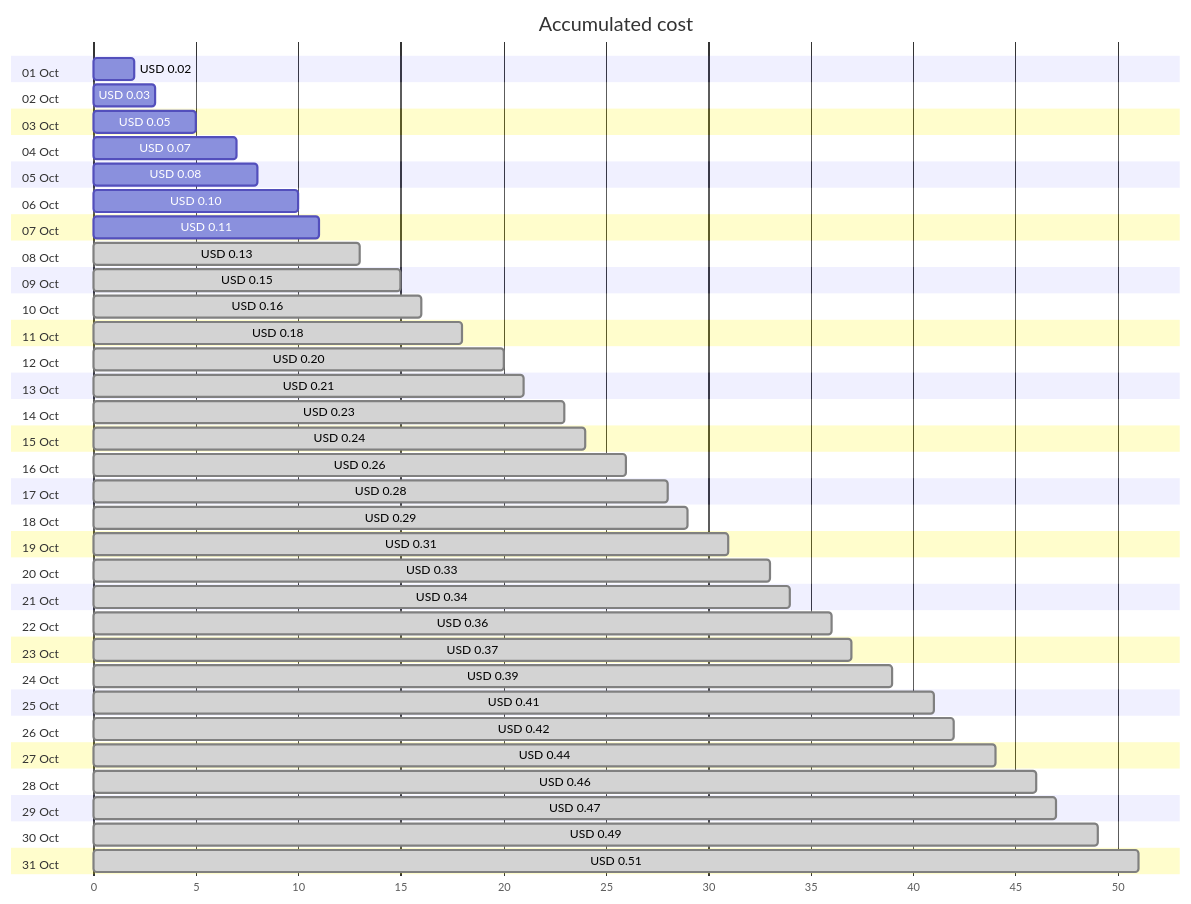
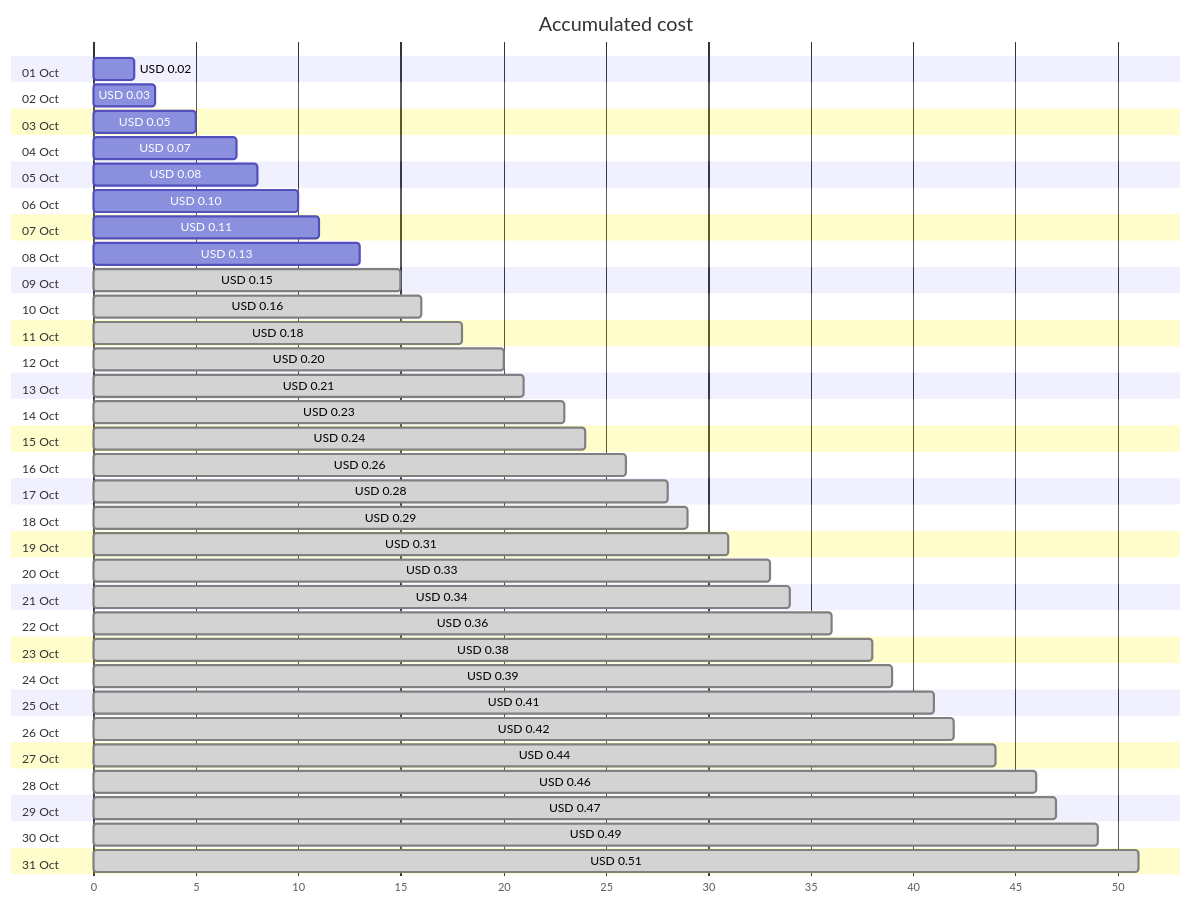
One commit to jpfulton/azure-personal-reports changed the first of 4 diagrams in cost-reports/personal-dns/jpatrickfulton.com.md. Above: the diagram before and after it, drawn with Mermaid. The commit also changed other lines of this file and 2 other files, not shown here.

````diff
--- a/cost-reports/personal-dns/jpatrickfulton.com.md
+++ b/cost-reports/personal-dns/jpatrickfulton.com.md
@@ -20,68 +20,68 @@
 ```mermaid
 gantt
    title Accumulated cost
    dateFormat  X
    axisFormat %s
    section 01 Oct
    USD 0.02 :0, 2
    section 02 Oct
    USD 0.03 :0, 3
    section 03 Oct
    USD 0.05 :0, 5
    section 04 Oct
    USD 0.07 :0, 7
    section 05 Oct
    USD 0.08 :0, 8
    section 06 Oct
    USD 0.10 :0, 10
    section 07 Oct
    USD 0.11 :0, 11
    section 08 Oct
-   USD 0.13 : done, 0, 13
+   USD 0.13 :0, 13
    section 09 Oct
    USD 0.15 : done, 0, 15
    section 10 Oct
    USD 0.16 : done, 0, 16
    section 11 Oct
    USD 0.18 : done, 0, 18
    section 12 Oct
    USD 0.20 : done, 0, 20
    section 13 Oct
    USD 0.21 : done, 0, 21
    section 14 Oct
    USD 0.23 : done, 0, 23
    section 15 Oct
    USD 0.24 : done, 0, 24
    section 16 Oct
    USD 0.26 : done, 0, 26
    section 17 Oct
    USD 0.28 : done, 0, 28
    section 18 Oct
    USD 0.29 : done, 0, 29
    section 19 Oct
    USD 0.31 : done, 0, 31
    section 20 Oct
    USD 0.33 : done, 0, 33
    section 21 Oct
    USD 0.34 : done, 0, 34
    section 22 Oct
    USD 0.36 : done, 0, 36
    section 23 Oct
-   USD 0.37 : done, 0, 37
+   USD 0.38 : done, 0, 38
    section 24 Oct
    USD 0.39 : done, 0, 39
    section 25 Oct
    USD 0.41 : done, 0, 41
    section 26 Oct
    USD 0.42 : done, 0, 42
    section 27 Oct
    USD 0.44 : done, 0, 44
    section 28 Oct
    USD 0.46 : done, 0, 46
    section 29 Oct
    USD 0.47 : done, 0, 47
    section 30 Oct
    USD 0.49 : done, 0, 49
    section 31 Oct
    USD 0.51 : done, 0, 51
 ```
````
